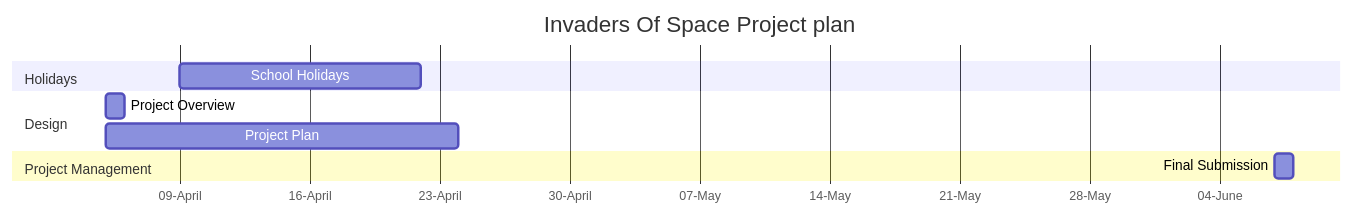
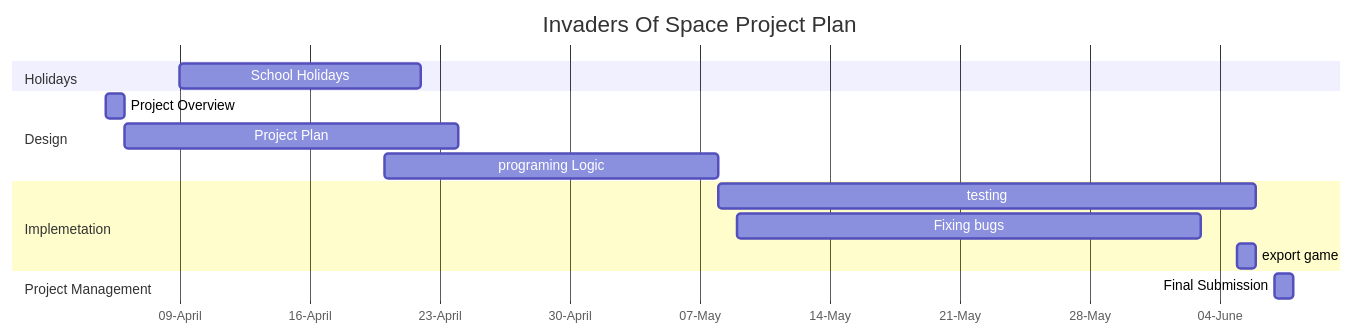
The diagram in Design.MD (0502254/Invaders-of-space), drawn with Mermaid before and after one commit. The commit also changed other lines of this file, not shown here.

````diff
--- a/Design.MD
+++ b/Design.MD
@@ -12,17 +12,26 @@
 ```mermaid
 gantt
-    title Invaders Of Space Project plan
+    title Invaders Of Space Project Plan
     dateFormat DD-MM-YY
     axisFormat %d-%B
     tickInterval 1week
 
     section Holidays
     School Holidays: 09-04-23, 22-04-23
 
     section Design
     Project Overview:05-04-23, 1d
-    Project Plan: 05-04-23, 24-04-23
+    Project Plan: 06-04-23, 24-04-23
+    programing Logic: 20-04-23, 18d
+
+    section Implemetation 
+    testing: 08-05-23, 29d
+    Fixing bugs: 09-05-23, 25d
+    export game : 05-06-23, 1d
+    
 
     section Project Management 
     Final Submission: 07-06-23, 08-06-23
+
+
 ```
````
